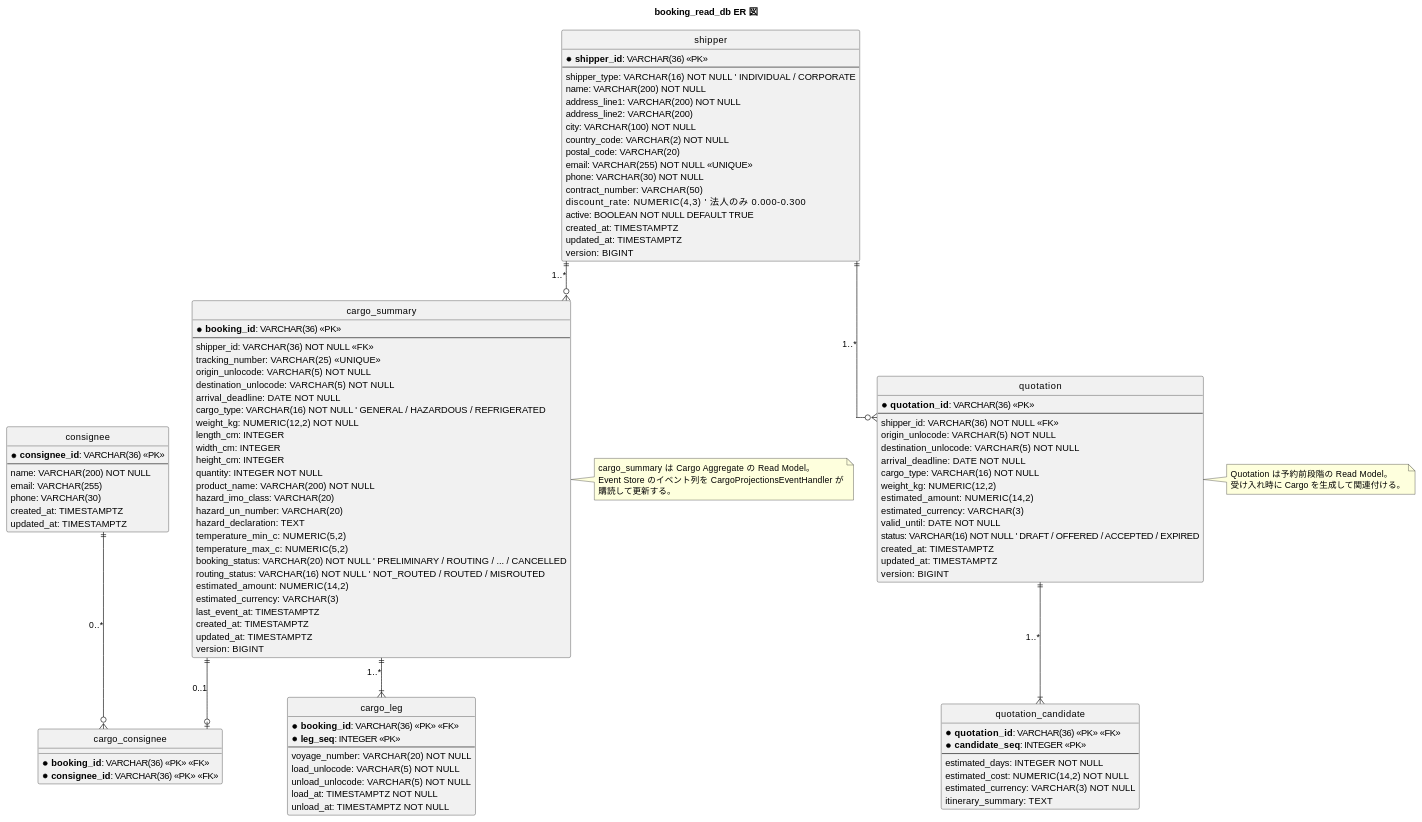
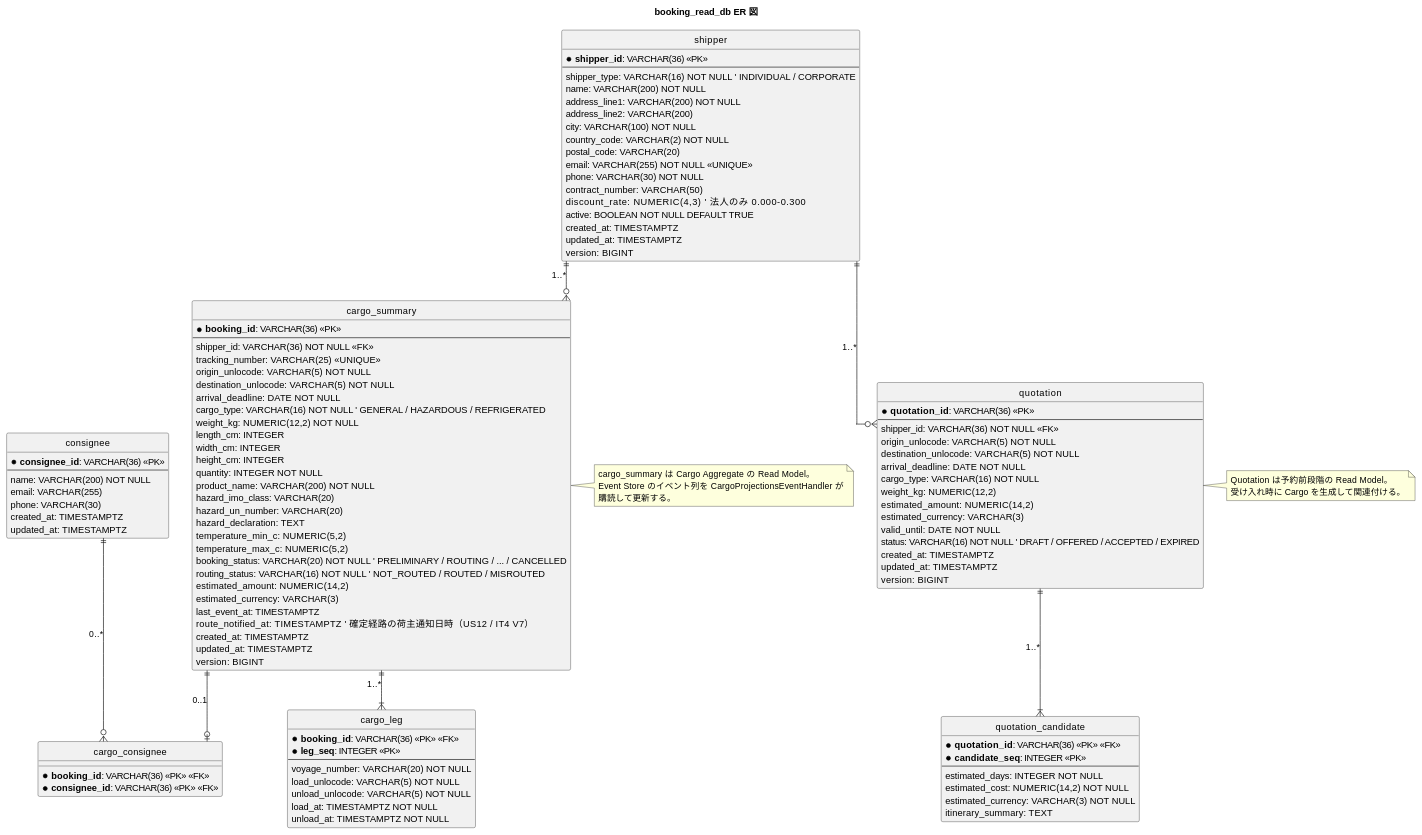
One commit to k2works/case-study-cargo-tracker changed the third of 8 diagrams in docs/design/data-model.md. Above: the diagram before and after it, drawn with PlantUML. The commit also changed other lines of this file and 6 other files, not shown here.

```diff
--- a/docs/design/data-model.md
+++ b/docs/design/data-model.md
@@ -331,6 +331,7 @@
   estimated_amount: NUMERIC(14,2)
   estimated_currency: VARCHAR(3)
   last_event_at: TIMESTAMPTZ
+  route_notified_at: TIMESTAMPTZ      ' 確定経路の荷主通知日時（US12 / IT4 V7）
   created_at: TIMESTAMPTZ
   updated_at: TIMESTAMPTZ
   version: BIGINT
```
